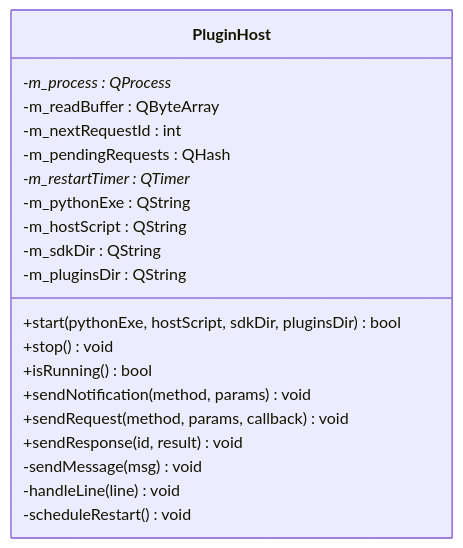
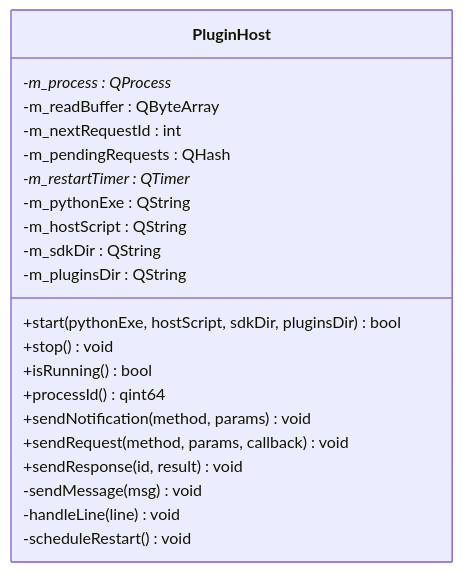
Before and after one commit to jakecai1225-design/OpenBus: the fourth of 8 diagrams in .qoder/repowiki/zh/content/架构设计/插件系统架构/插件系统架构.md, drawn with Mermaid. The commit also changed other lines of this file and 5 other files, not shown here.

````diff
--- a/.qoder/repowiki/zh/content/架构设计/插件系统架构/插件系统架构.md
+++ b/.qoder/repowiki/zh/content/架构设计/插件系统架构/插件系统架构.md
@@ -169,23 +210,24 @@
 ```mermaid
 classDiagram
 class PluginHost {
 -m_process : QProcess*
 -m_readBuffer : QByteArray
 -m_nextRequestId : int
 -m_pendingRequests : QHash<int, function>
 -m_restartTimer : QTimer*
 -m_pythonExe : QString
 -m_hostScript : QString
 -m_sdkDir : QString
 -m_pluginsDir : QString
 +start(pythonExe, hostScript, sdkDir, pluginsDir) bool
 +stop() void
 +isRunning() bool
++processId() qint64
 +sendNotification(method, params) void
 +sendRequest(method, params, callback) void
 +sendResponse(id, result) void
 -sendMessage(msg) void
 -handleLine(line) void
 -scheduleRestart() void
 }
 ```
````
